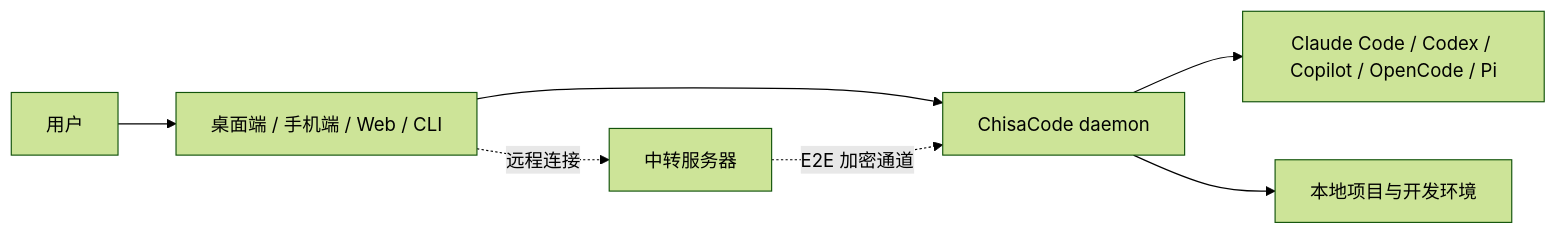
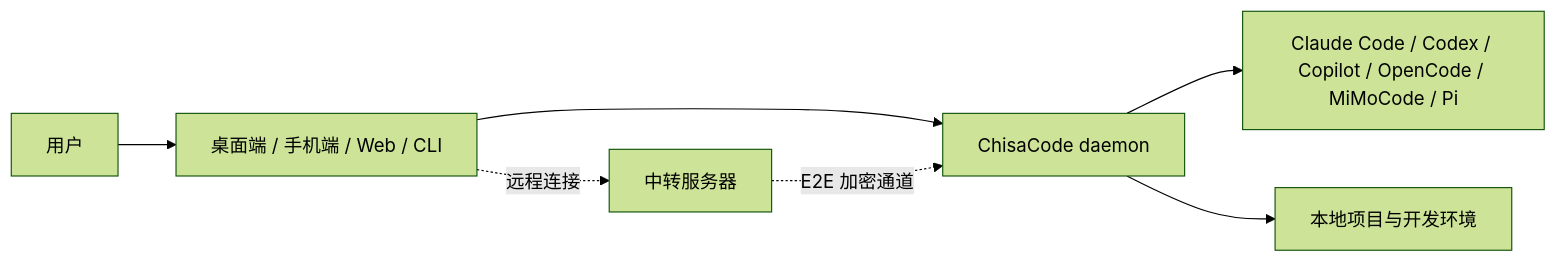
The diagram in README.zh-CN.md (ChisaAlter/ChisaCode), drawn with Mermaid (forest theme) before and after one commit. The commit also changed other lines of this file and 145 other files, not shown here.

````diff
--- a/README.zh-CN.md
+++ b/README.zh-CN.md
@@ -40,9 +40,9 @@
 ```mermaid
 flowchart LR
   User["用户"] --> App["桌面端 / 手机端 / Web / CLI"]
   App --> Daemon["ChisaCode daemon"]
-  Daemon --> Agents["Claude Code / Codex / Copilot / OpenCode / Pi"]
+  Daemon --> Agents["Claude Code / Codex / Copilot / OpenCode / MiMoCode / Pi"]
   Daemon --> Project["本地项目与开发环境"]
   App -. 远程连接 .-> Relay["中转服务器"]
   Relay -. E2E 加密通道 .-> Daemon
 ```
````
